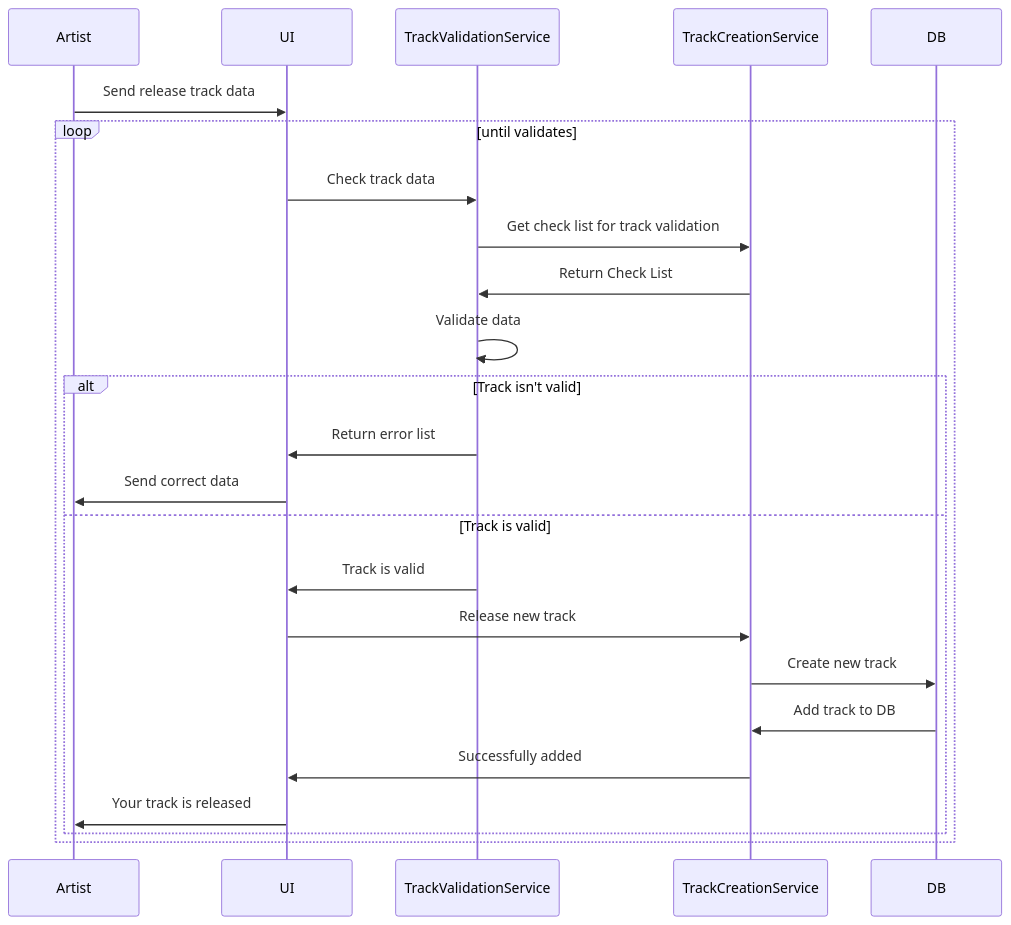
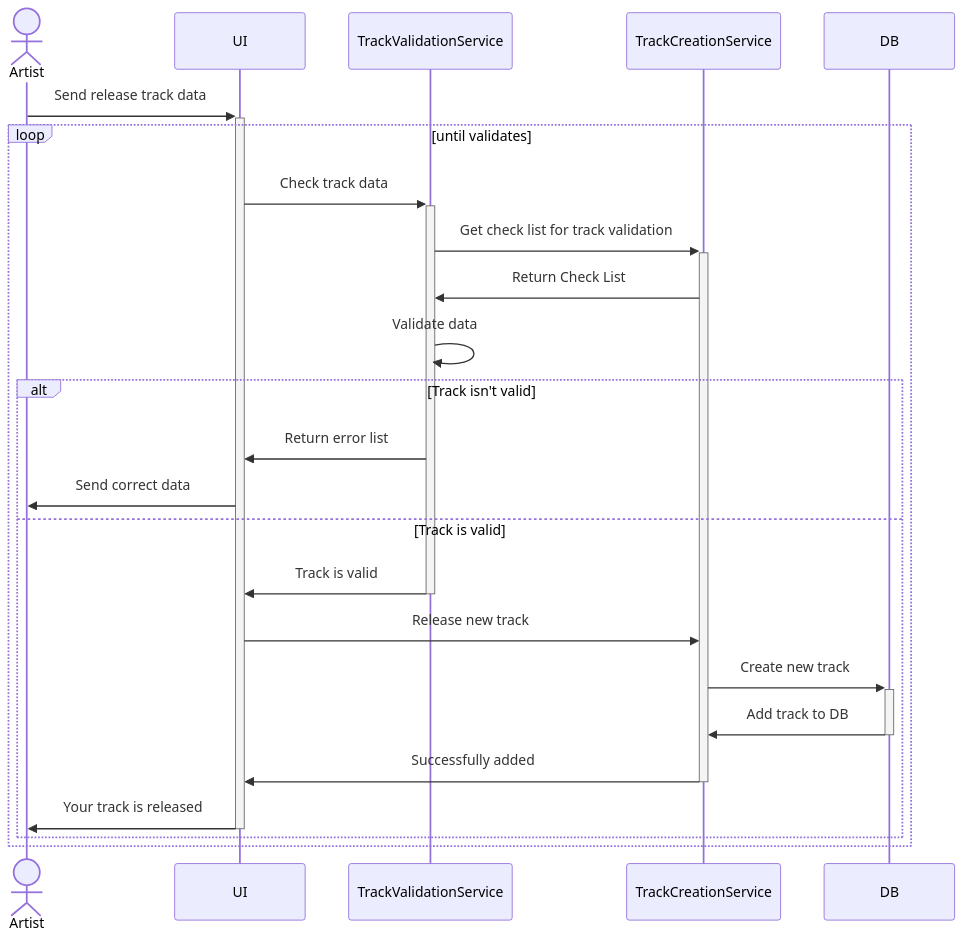
One commit to Maks9m/KPI_Labs changed the diagram in Lab3/sequence1.md. Above: the diagram before and after it, drawn with Mermaid. The commit also changed other lines of this file, not shown here.

Commit message:
Update sequence diagram syntax in sequence1.md

````diff
--- a/Lab3/sequence1.md
+++ b/Lab3/sequence1.md
@@ -29,28 +29,28 @@
 ```mermaid
 sequenceDiagram
-    participant Artist
+    Actor Artist
     participant UI
     participant TrackValidationService
     participant TrackCreationService
     participant DB
 
-    Artist->>UI: Send release track data
+    Artist->>+UI: Send release track data
     loop until validates
-        UI->>TrackValidationService: Check track data
-        TrackValidationService->>TrackCreationService: Get check list for track validation
+        UI->>+TrackValidationService: Check track data
+        TrackValidationService->>+TrackCreationService: Get check list for track validation
         TrackCreationService->>TrackValidationService: Return Check List
         TrackValidationService->>TrackValidationService: Validate data
         alt Track isn't valid
             TrackValidationService->>UI: Return error list
             UI->>Artist: Send correct data
         else Track is valid
-            TrackValidationService->>UI: Track is valid
+            TrackValidationService->>-UI: Track is valid
             UI->>TrackCreationService: Release new track
-            TrackCreationService->>DB: Create new track
-            DB->>TrackCreationService: Add track to DB
-            TrackCreationService->>UI: Successfully added
-            UI->>Artist: Your track is released
+            TrackCreationService->>+DB: Create new track
+            DB->>-TrackCreationService: Add track to DB
+            TrackCreationService->>-UI: Successfully added
+            UI->>-Artist: Your track is released
         end
     end
 
 ```
````
